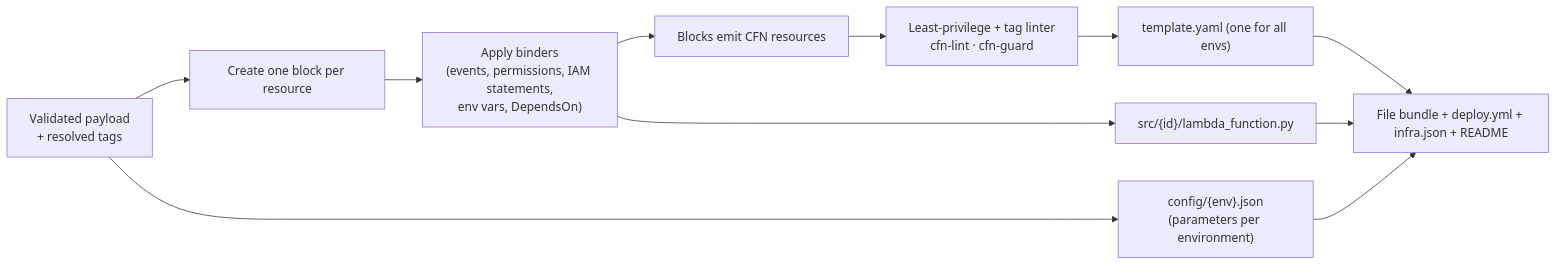
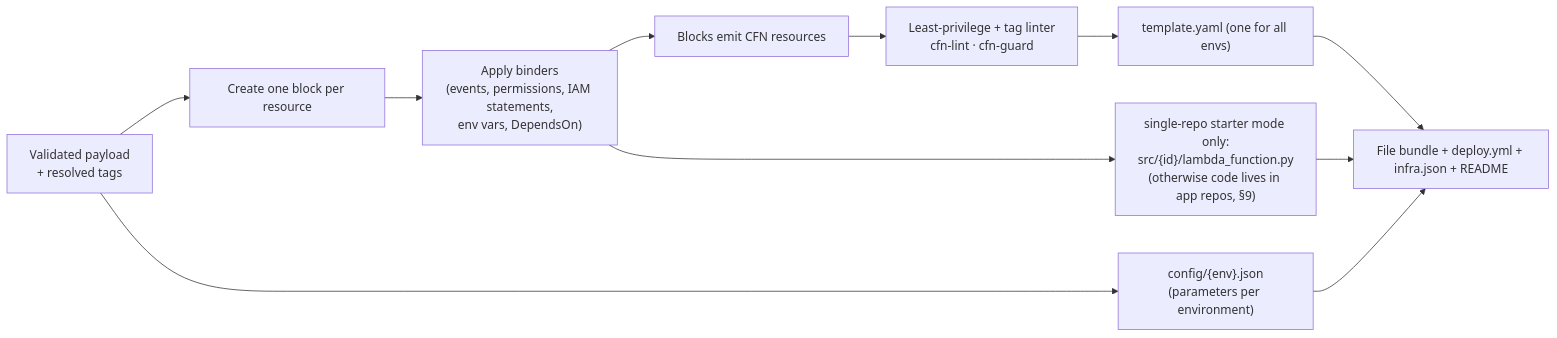
One commit to kulveersingh/CloudInfraAutomation changed the sixth of 15 diagrams in docs/ARCHITECTURE.md. Above: the diagram before and after it, drawn with Mermaid. The commit also changed other lines of this file, not shown here.

````diff
--- a/docs/ARCHITECTURE.md
+++ b/docs/ARCHITECTURE.md
@@ -611,11 +613,11 @@
 ```mermaid
 flowchart LR
   P["Validated payload<br/>+ resolved tags"] --> I["Create one block per resource"]
   I --> B["Apply binders<br/>(events, permissions, IAM statements,<br/>env vars, DependsOn)"]
   B --> E["Blocks emit CFN resources"]
   E --> L["Least-privilege + tag linter<br/>cfn-lint · cfn-guard"]
   L --> Y["template.yaml (one for all envs)"]
   P --> PF["config/{env}.json<br/>(parameters per environment)"]
-  B --> C["src/{id}/lambda_function.py"]
+  B --> C["single-repo starter mode only:<br/>src/{id}/lambda_function.py<br/>(otherwise code lives in app repos, §9)"]
   Y & PF & C --> F["File bundle + deploy.yml + infra.json + README"]
 ```
````
